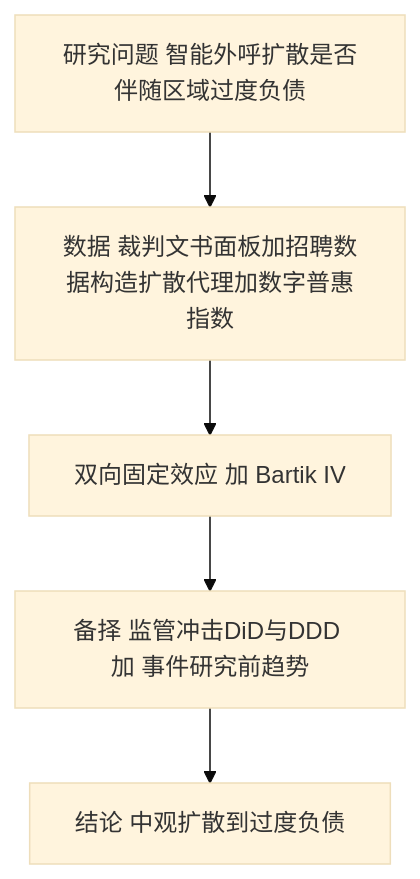
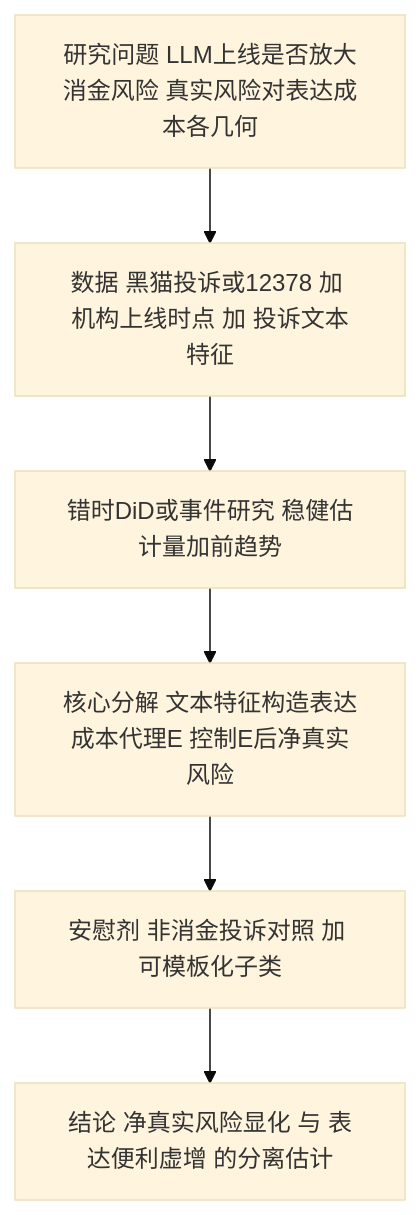
Before and after one commit to qliu2318/claude: the sixth of 8 diagrams in 开题报告_LLM消费信贷_设计稿.md, drawn with Mermaid (base theme). The commit also changed other lines of this file and 2 other files, not shown here.

````diff
--- a/开题报告_LLM消费信贷_设计稿.md
+++ b/开题报告_LLM消费信贷_设计稿.md
@@ -385,7 +388,8 @@
 ```mermaid
 flowchart TB
-  P2[研究问题 智能外呼扩散是否伴随区域过度负债] --> D2[数据 裁判文书面板加招聘数据构造扩散代理加数字普惠指数]
-  D2 --> M2[双向固定效应 加 Bartik IV]
-  M2 --> Rob2[备择 监管冲击DiD与DDD 加 事件研究前趋势]
-  Rob2 --> R2[结论 中观扩散到过度负债]
+  P2[研究问题 LLM上线是否放大消金风险 真实风险对表达成本各几何] --> D2[数据 黑猫投诉或12378 加 机构上线时点 加 投诉文本特征]
+  D2 --> M2[错时DiD或事件研究 稳健估计量加前趋势]
+  M2 --> KEY[核心分解 文本特征构造表达成本代理E 控制E后净真实风险]
+  KEY --> PL[安慰剂 非消金投诉对照 加 可模板化子类]
+  PL --> R2[结论 净真实风险显化 与 表达便利虚增 的分离估计]
 ```
````
